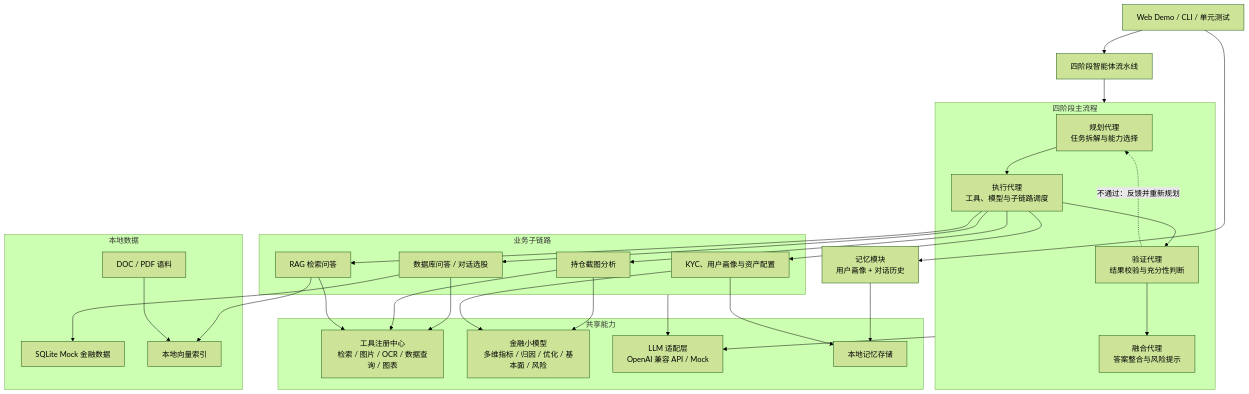
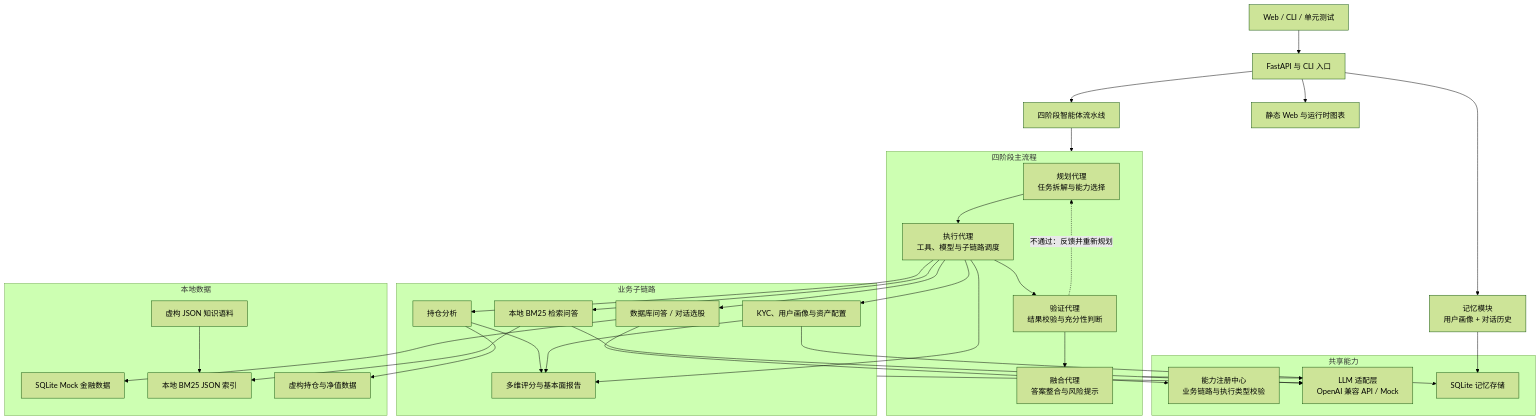
Before and after one commit to MEIQI-Lee/financial-ai-advisor-agents: the first of 2 diagrams in README.md, drawn with Mermaid (forest theme). The commit also changed other lines of this file and 44 other files, not shown here.

````diff
--- a/README.md
+++ b/README.md
@@ -54,55 +57,59 @@
 ```mermaid
 flowchart TB
-    U["Web Demo / CLI / 单元测试"] --> M["记忆模块<br/>用户画像 + 对话历史"]
-    U --> P["四阶段智能体流水线"]
+    U["Web / CLI / 单元测试"] --> API["FastAPI 与 CLI 入口"]
+    API --> M["记忆模块<br/>用户画像 + 对话历史"]
+    API --> P["四阶段智能体流水线"]
 
     subgraph PIPELINE["四阶段主流程"]
         PA["规划代理<br/>任务拆解与能力选择"]
         EA["执行代理<br/>工具、模型与子链路调度"]
         VA["验证代理<br/>结果校验与充分性判断"]
         SA["融合代理<br/>答案整合与风险提示"]
         PA --> EA --> VA --> SA
         VA -. "不通过：反馈并重新规划" .-> PA
     end
 
     P --> PIPELINE
 
     subgraph WORKFLOWS["业务子链路"]
         DB["数据库问答 / 对话选股"]
-        PF["持仓截图分析"]
+        PF["持仓分析"]
         KYC["KYC、用户画像与资产配置"]
-        RAG["RAG 检索问答"]
+        RAG["本地 BM25 检索问答"]
+        FM["多维评分与基本面报告"]
     end
 
     EA --> DB
     EA --> PF
     EA --> KYC
     EA --> RAG
+    EA --> FM
 
     subgraph SHARED["共享能力"]
-        TOOLS["工具注册中心<br/>检索 / 图片 / OCR / 数据查询 / 图表"]
-        FM["金融小模型<br/>多维指标 / 归因 / 优化 / 基本面 / 风险"]
+        TOOLS["能力注册中心<br/>业务链路与执行类型校验"]
         LLM["LLM 适配层<br/>OpenAI 兼容 API / Mock"]
-        MEMORY["本地记忆存储"]
+        MEMORY["SQLite 记忆存储"]
     end
 
     DB --> TOOLS
-    PF --> TOOLS
     PF --> FM
     KYC --> FM
-    RAG --> TOOLS
+    RAG --> LLM
     PIPELINE --> LLM
     WORKFLOWS --> LLM
     M --> MEMORY
     KYC --> MEMORY
 
     subgraph DATA["本地数据"]
         SQLITE["SQLite Mock 金融数据"]
-        VECTOR["本地向量索引"]
-        DOCS["DOC / PDF 语料"]
+        INDEX["本地 BM25 JSON 索引"]
+        DOCS["虚构 JSON 知识语料"]
+        PORTFOLIO["虚构持仓与净值数据"]
     end
 
     DB --> SQLITE
-    RAG --> VECTOR
-    DOCS --> VECTOR
+    RAG --> INDEX
+    DOCS --> INDEX
+    PF --> PORTFOLIO
+    API --> WEB["静态 Web 与运行时图表"]
 ```
````
